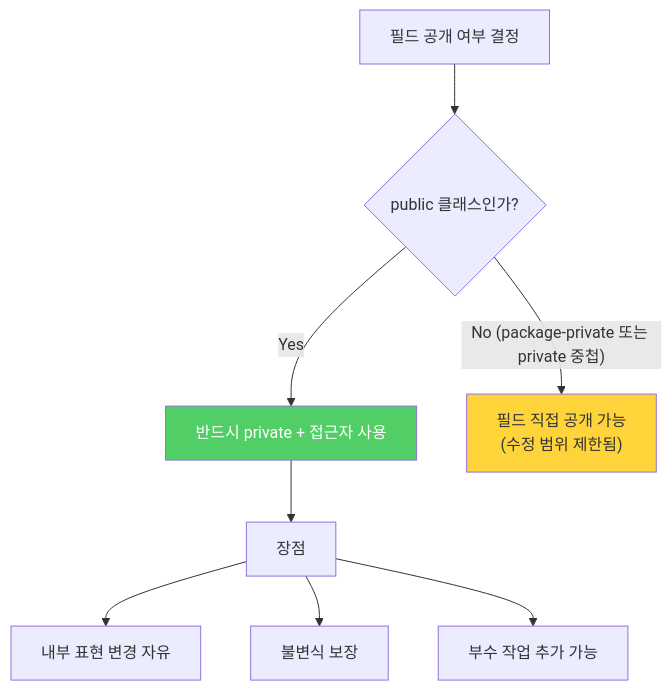
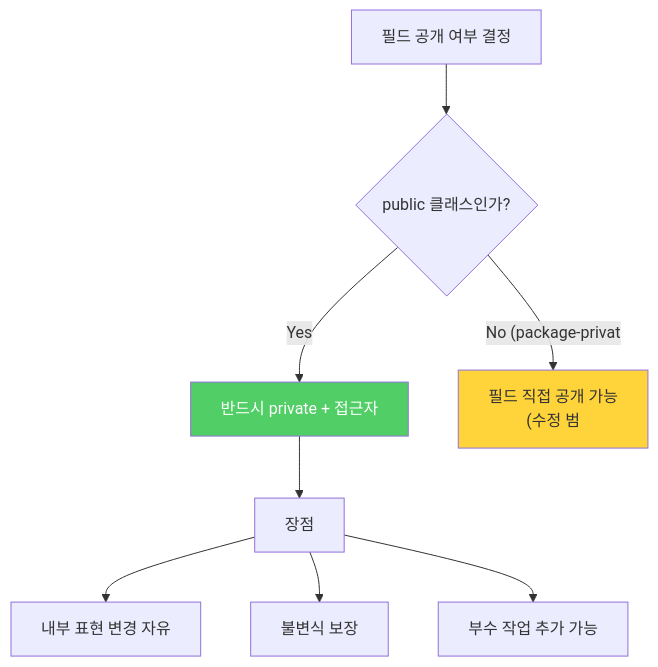
One commit to yjkim2015/yjkim2015.github.io changed the second of 2 diagrams in _posts/java/2022-01-03-effective-java16.md. Above: the diagram before and after it, drawn with Mermaid. The commit also changed 271 other files, not shown here.

First line of the commit message:
Mermaid 라벨 축소: 긴 노드 텍스트 18자 이하로 트림 + \n 제거

````diff
--- a/_posts/java/2022-01-03-effective-java16.md
+++ b/_posts/java/2022-01-03-effective-java16.md
@@ -152,12 +152,12 @@
 ```mermaid
 graph TD
     A["필드 공개 여부 결정"] --> B{"public 클래스인가?"}
-    B -->|"Yes"| C["반드시 private + 접근자 사용"]
-    B -->|"No (package-private 또는 private 중첩)"| D["필드 직접 공개 가능\n(수정 범위 제한됨)"]
+    B -->|"Yes"| C["반드시 private + 접근자"]
+    B -->|"No (package-privat"| D["필드 직접 공개 가능\n(수정 범"]
     C --> E["장점"]
     E --> E1["내부 표현 변경 자유"]
     E --> E2["불변식 보장"]
     E --> E3["부수 작업 추가 가능"]
     style C fill:#51cf66,color:#fff
     style D fill:#ffd43b
 ```
````
